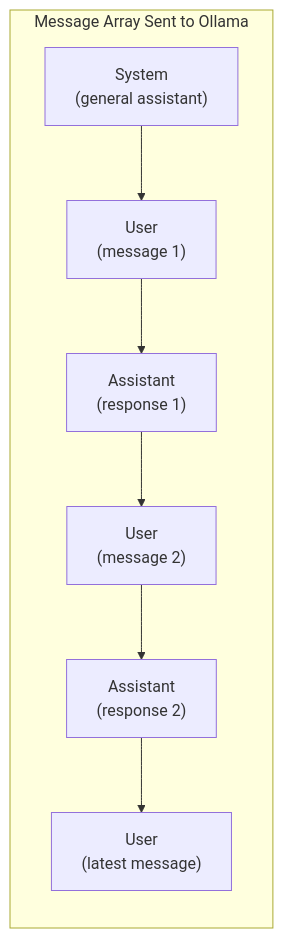
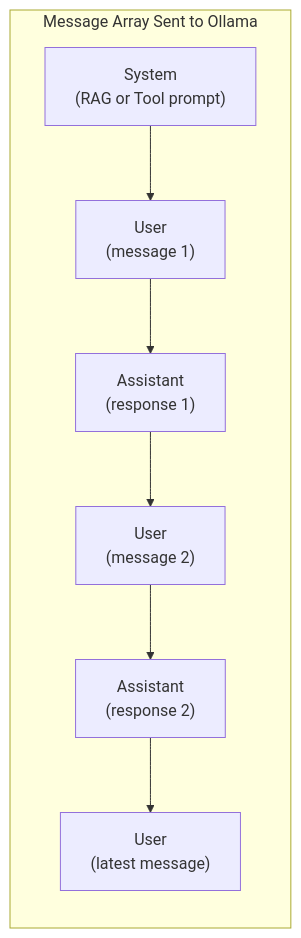
One commit to 1x2kb/dvd_categorize changed the fourth of 4 diagrams in Documentation/Diagrams/AI_CHAT_FLOW.md. Above: the diagram before and after it, drawn with Mermaid. The commit also changed other lines of this file and 9 other files, not shown here.

````diff
--- a/Documentation/Diagrams/AI_CHAT_FLOW.md
+++ b/Documentation/Diagrams/AI_CHAT_FLOW.md
@@ -39,13 +95,13 @@
 ```mermaid
 flowchart LR
     subgraph "Message Array Sent to Ollama"
-        S["System<br/>(general assistant)"]
+        S["System<br/>(RAG or Tool prompt)"]
         U1["User<br/>(message 1)"]
         A1["Assistant<br/>(response 1)"]
         U2["User<br/>(message 2)"]
         A2["Assistant<br/>(response 2)"]
         UN["User<br/>(latest message)"]
     end
 
     S --> U1 --> A1 --> U2 --> A2 --> UN
 ```
````
